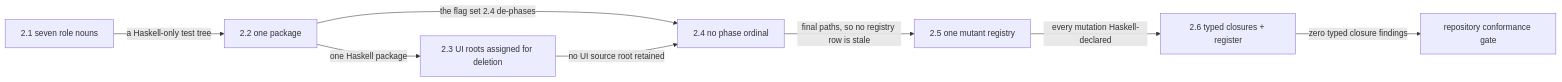
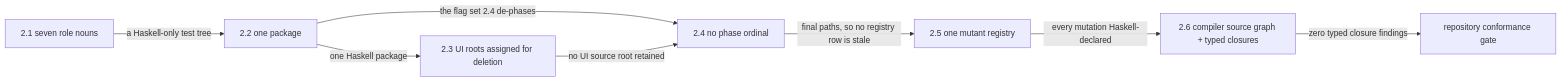
One commit to Tuee22/amoebius changed the diagram in DEVELOPMENT_PLAN/phase_02_repository_layout_conformance.md. Above: the diagram before and after it, drawn with Mermaid. The commit also changed other lines of this file and 88 other files, not shown here.

````diff
--- a/DEVELOPMENT_PLAN/phase_02_repository_layout_conformance.md
+++ b/DEVELOPMENT_PLAN/phase_02_repository_layout_conformance.md
@@ -126,18 +131,18 @@
 ```mermaid
 flowchart LR
   %% register: orientation
   s1["2.1 seven role nouns"]
   s2["2.2 one package"]
   s3["2.3 UI roots assigned for deletion"]
   s4["2.4 no phase ordinal"]
   s5["2.5 one mutant registry"]
-  s6["2.6 typed closures + register"]
+  s6["2.6 compiler source graph + typed closures"]
   gate["repository conformance gate"]
   s1 -->|"a Haskell-only test tree"| s2
   s2 -->|"one Haskell package"| s3
   s2 -->|"the flag set 2.4 de-phases"| s4
   s3 -->|"no UI source root retained"| s4
   s4 -->|"final paths, so no registry row is stale"| s5
   s5 -->|"every mutation Haskell-declared"| s6
   s6 -->|"zero typed closure findings"| gate
 ```
````
